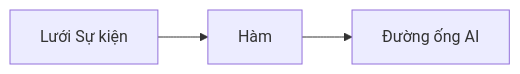
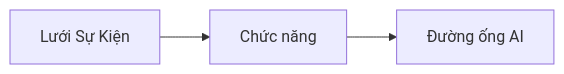
The second of 2 diagrams in translations/vi/docs/chapter-08-production/README.md (microsoft/AZD-for-beginners), drawn with Mermaid before and after one commit. The commit also changed other lines of this file and 101 other files, not shown here.

````diff
--- a/translations/vi/docs/chapter-08-production/README.md
+++ b/translations/vi/docs/chapter-08-production/README.md
@@ -54,4 +56,4 @@
 ```mermaid
 graph LR
-    EventGrid[Lưới Sự kiện] --> Functions[Hàm] --> Pipeline[Đường ống AI]
+    EventGrid[Lưới Sự Kiện] --> Functions[Chức năng] --> Pipeline[Đường ống AI]
 ```
````
